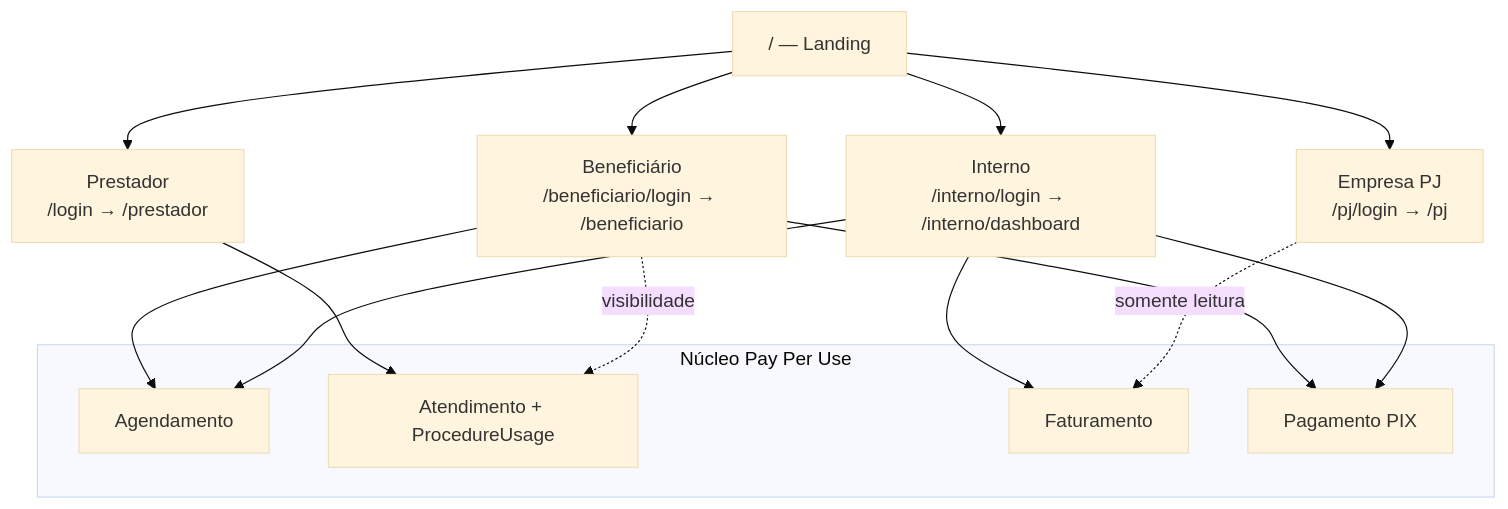
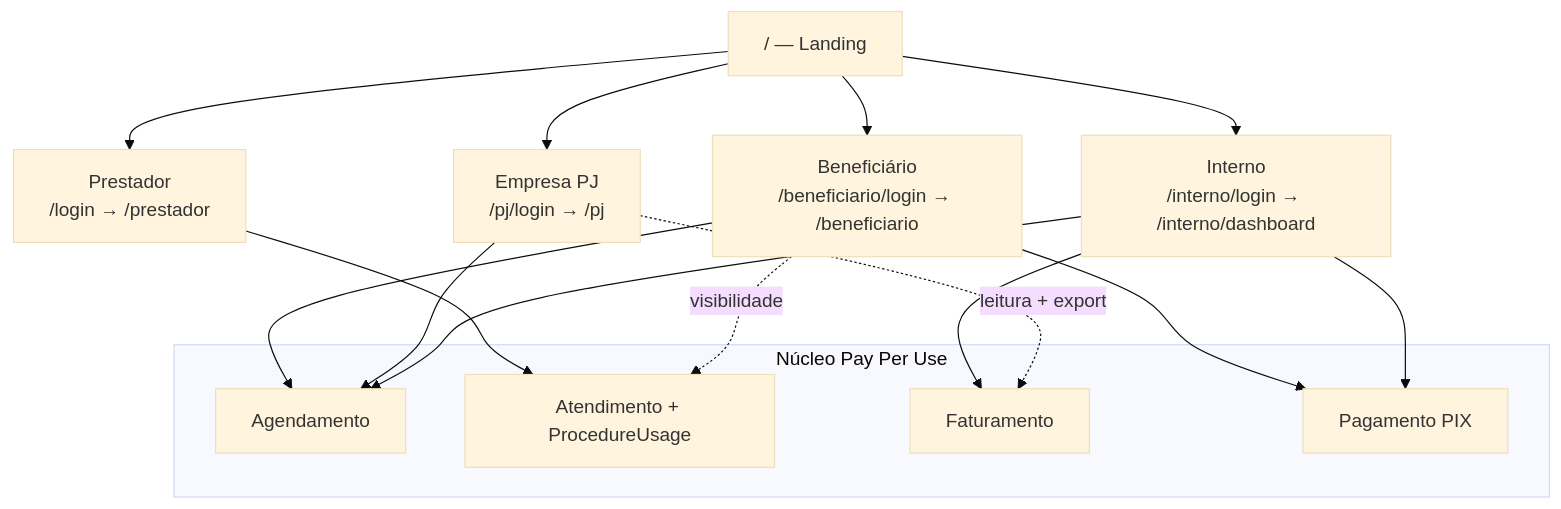
The first of 3 diagrams in docs/produto/JORNADA_CLIENTE.md (Piulres/sistema-bibi), drawn with Mermaid (base theme) before and after one commit. The commit also changed other lines of this file and 9 other files, not shown here.

````diff
--- a/docs/produto/JORNADA_CLIENTE.md
+++ b/docs/produto/JORNADA_CLIENTE.md
@@ -64,23 +64,24 @@
 ```mermaid
 flowchart TB
   L["/ — Landing"] --> PR["Prestador<br/>/login → /prestador"]
   L --> IN["Interno<br/>/interno/login → /interno/dashboard"]
   L --> PJ["Empresa PJ<br/>/pj/login → /pj"]
   L --> BE["Beneficiário<br/>/beneficiario/login → /beneficiario"]
 
   subgraph Núcleo Pay Per Use
     AG[Agendamento]
     AT[Atendimento + ProcedureUsage]
     FAT[Faturamento]
     PAY[Pagamento PIX]
   end
 
   BE --> AG
+  PJ --> AG
   IN --> AG
   PR --> AT
   IN --> FAT
   BE --> PAY
   IN --> PAY
-  PJ -.->|somente leitura| FAT
+  PJ -.->|leitura + export| FAT
   BE -.->|visibilidade| AT
 ```
````
